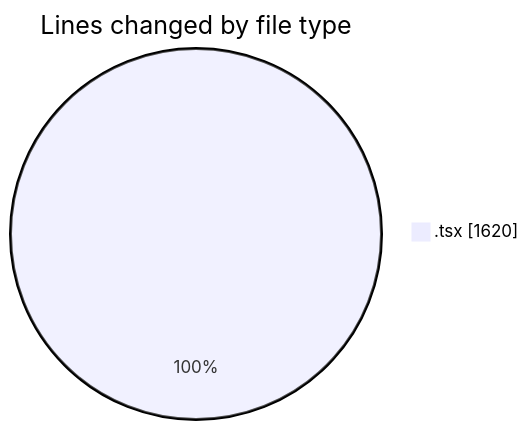
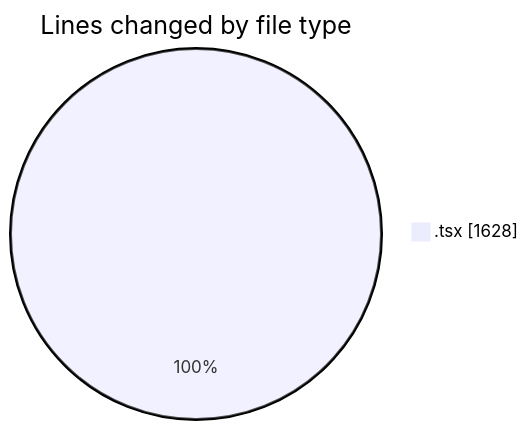
The first of 2 diagrams in 2026-03-18/nxtqube_webapp/README.md (nxtqubesakshisongat/code-tracking), drawn with Mermaid before and after one commit. The commit also changed other lines of this file and 1 other file, not shown here.

````diff
--- a/2026-03-18/nxtqube_webapp/README.md
+++ b/2026-03-18/nxtqube_webapp/README.md
@@ -23,5 +23,5 @@
 ```mermaid
 pie showData
 title Lines changed by file type
-".tsx" : 1620
+".tsx" : 1628
 ```
````
